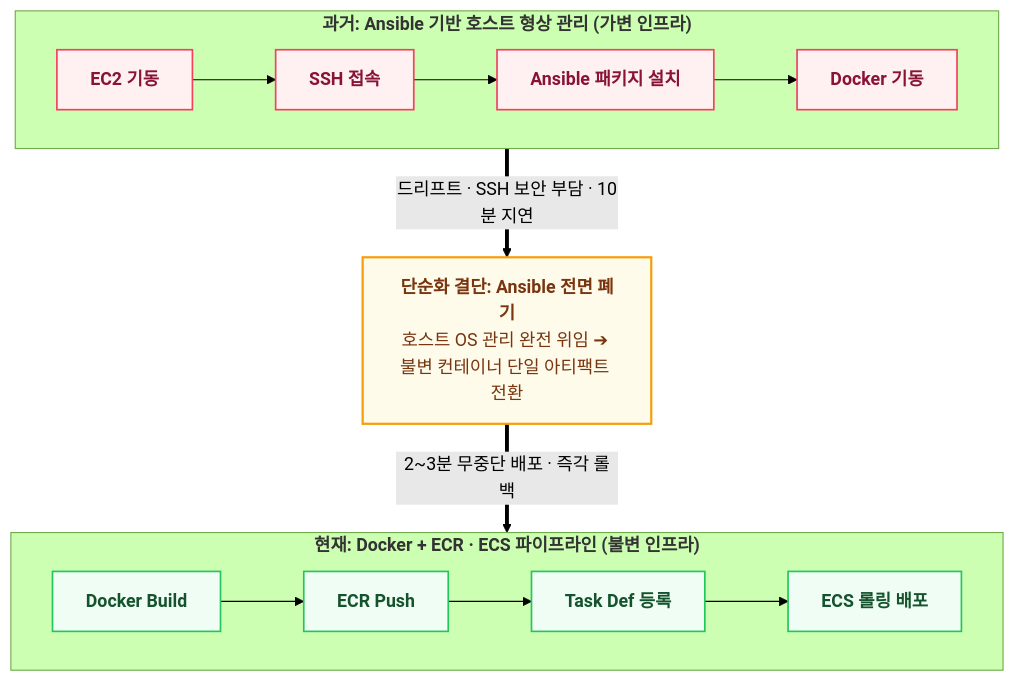
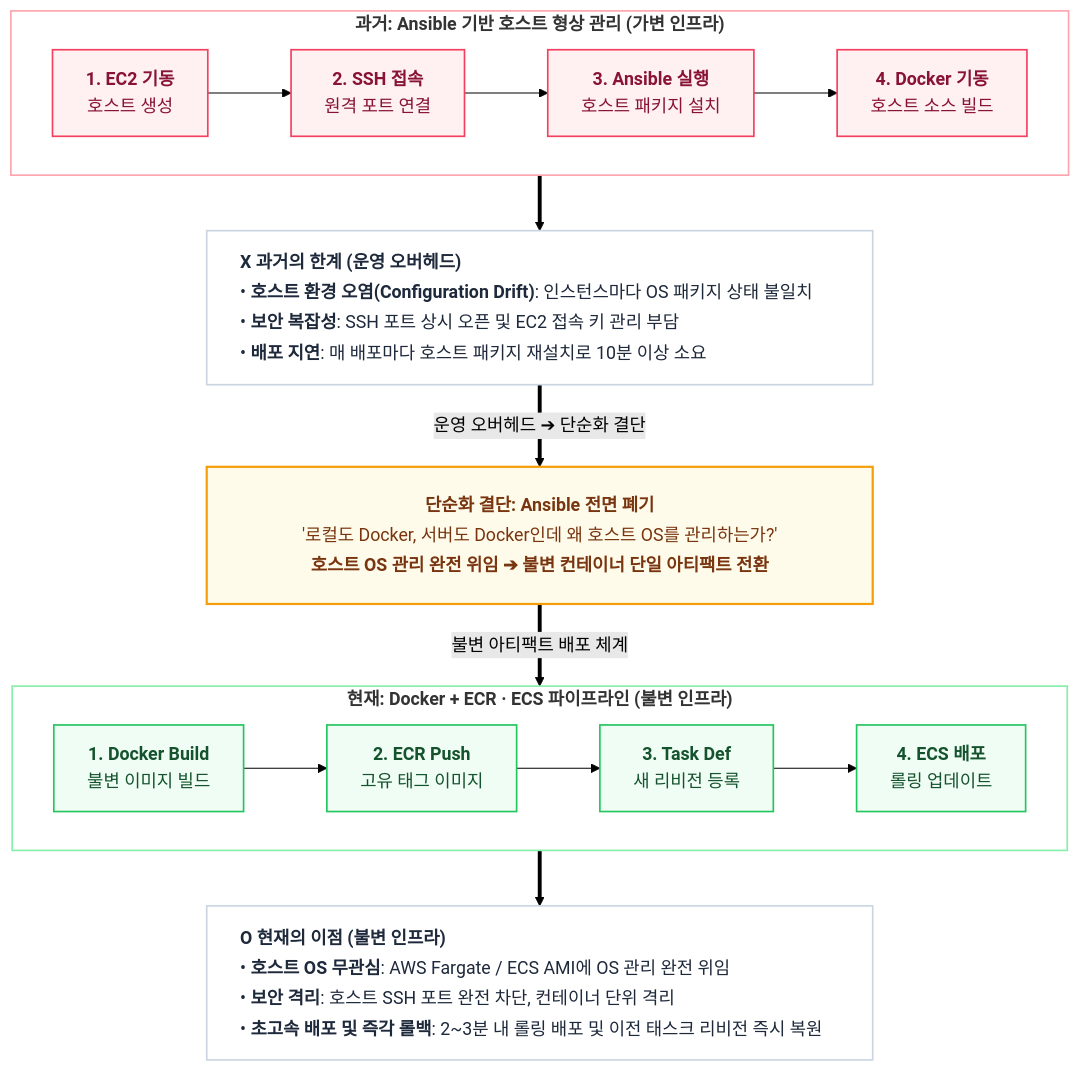
The diagram in _posts/tech/ai-agent-architecture/8 어차피 도커인데 앤서블은 왜 썼을까.md (tomato-vault/tomato-vault.github.io), drawn with Mermaid (forest theme) before and after one commit. The commit also changed 19 other files, not shown here.

First line of the commit message:
Refactor ontology engineering documentation with enhanced diagrams and clarity

````diff
--- a/_posts/tech/ai-agent-architecture/8 어차피 도커인데 앤서블은 왜 썼을까.md
+++ b/_posts/tech/ai-agent-architecture/8 어차피 도커인데 앤서블은 왜 썼을까.md
@@ -61,20 +61,41 @@
 ```mermaid
 flowchart TD
     classDef pastFlow fill:#fff1f2,stroke:#f43f5e,stroke-width:1.5px,color:#881337
     classDef presentFlow fill:#f0fdf4,stroke:#22c55e,stroke-width:1.5px,color:#14532d
     classDef decision fill:#fffbeb,stroke:#f59e0b,stroke-width:2px,color:#78350f
+    classDef card fill:#ffffff,stroke:#cbd5e1,stroke-width:1.5px,color:#1e293b
 
     subgraph PAST ["<b>과거: Ansible 기반 호스트 형상 관리 (가변 인프라)</b>"]
         direction LR
-        P1["<b>EC2 기동</b>"]:::pastFlow --> P2["<b>SSH 접속</b>"]:::pastFlow --> P3["<b>Ansible 패키지 설치</b>"]:::pastFlow --> P4["<b>Docker 기동</b>"]:::pastFlow
+        P1["<b>1. EC2 기동</b><br/>호스트 생성"]:::pastFlow
+        P2["<b>2. SSH 접속</b><br/>원격 포트 연결"]:::pastFlow
+        P3["<b>3. Ansible 실행</b><br/>호스트 패키지 설치"]:::pastFlow
+        P4["<b>4. Docker 기동</b><br/>호스트 소스 빌드"]:::pastFlow
+        P1 --> P2 --> P3 --> P4
     end
 
-    DECISION["<b>단순화 결단: Ansible 전면 폐기</b><br/>호스트 OS 관리 완전 위임 ➔ 불변 컨테이너 단일 아티팩트 전환"]:::decision
+    P_RISK["<div style='width:540px; text-align:left; line-height:1.7;'><b>X 과거의 한계 (운영 오버헤드)</b><br/>• <b>호스트 환경 오염(Configuration Drift)</b>: 인스턴스마다 OS 패키지 상태 불일치<br/>• <b>보안 복잡성</b>: SSH 포트 상시 오픈 및 EC2 접속 키 관리 부담<br/>• <b>배포 지연</b>: 매 배포마다 호스트 패키지 재설치로 10분 이상 소요</div>"]:::card
+
+    PAST ==> P_RISK
+    P_RISK ==>|"운영 오버헤드 ➔ 단순화 결단"| DECISION
+
+    DECISION["<div style='width:540px; text-align:center; padding:6px 0; line-height:1.7;'><b>단순화 결단: Ansible 전면 폐기</b><br/><span style='color:#b45309;'>'로컬도 Docker, 서버도 Docker인데 왜 호스트 OS를 관리하는가?'</span><br/><b>호스트 OS 관리 완전 위임 ➔ 불변 컨테이너 단일 아티팩트 전환</b></div>"]:::decision
+
+    DECISION ==>|"불변 아티팩트 배포 체계"| PRESENT
 
     subgraph PRESENT ["<b>현재: Docker + ECR · ECS 파이프라인 (불변 인프라)</b>"]
         direction LR
-        C1["<b>Docker Build</b>"]:::presentFlow --> C2["<b>ECR Push</b>"]:::presentFlow --> C3["<b>Task Def 등록</b>"]:::presentFlow --> C4["<b>ECS 롤링 배포</b>"]:::presentFlow
+        C1["<b>1. Docker Build</b><br/>불변 이미지 빌드"]:::presentFlow
+        C2["<b>2. ECR Push</b><br/>고유 태그 이미지"]:::presentFlow
+        C3["<b>3. Task Def</b><br/>새 리비전 등록"]:::presentFlow
+        C4["<b>4. ECS 배포</b><br/>롤링 업데이트"]:::presentFlow
+        C1 --> C2 --> C3 --> C4
     end
 
-    PAST ==>|"드리프트 · SSH 보안 부담 · 10분 지연"| DECISION ==>|"2~3분 무중단 배포 · 즉각 롤백"| PRESENT
+    PRESENT ==> C_BENEFIT
+
+    C_BENEFIT["<div style='width:540px; text-align:left; line-height:1.7;'><b>O 현재의 이점 (불변 인프라)</b><br/>• <b>호스트 OS 무관심</b>: AWS Fargate / ECS AMI에 OS 관리 완전 위임<br/>• <b>보안 격리</b>: 호스트 SSH 포트 완전 차단, 컨테이너 단위 격리<br/>• <b>초고속 배포 및 즉각 롤백</b>: 2~3분 내 롤링 배포 및 이전 태스크 리비전 즉시 복원</div>"]:::card
+
+    style PAST fill:#ffffff,stroke:#fda4af,stroke-width:1.5px
+    style PRESENT fill:#ffffff,stroke:#86efac,stroke-width:1.5px
 ```
````
